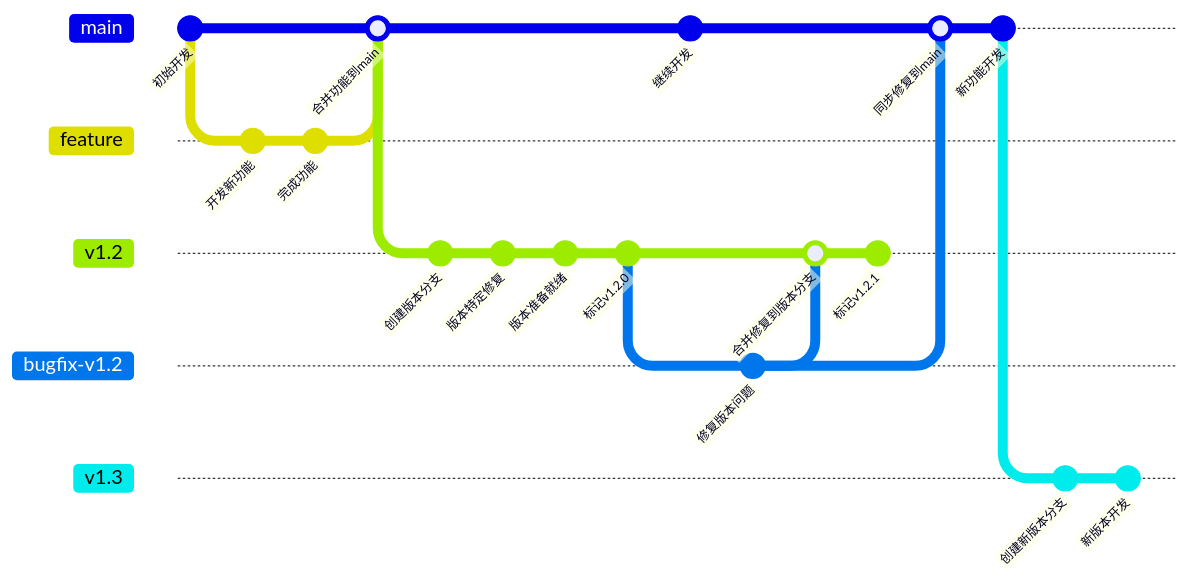
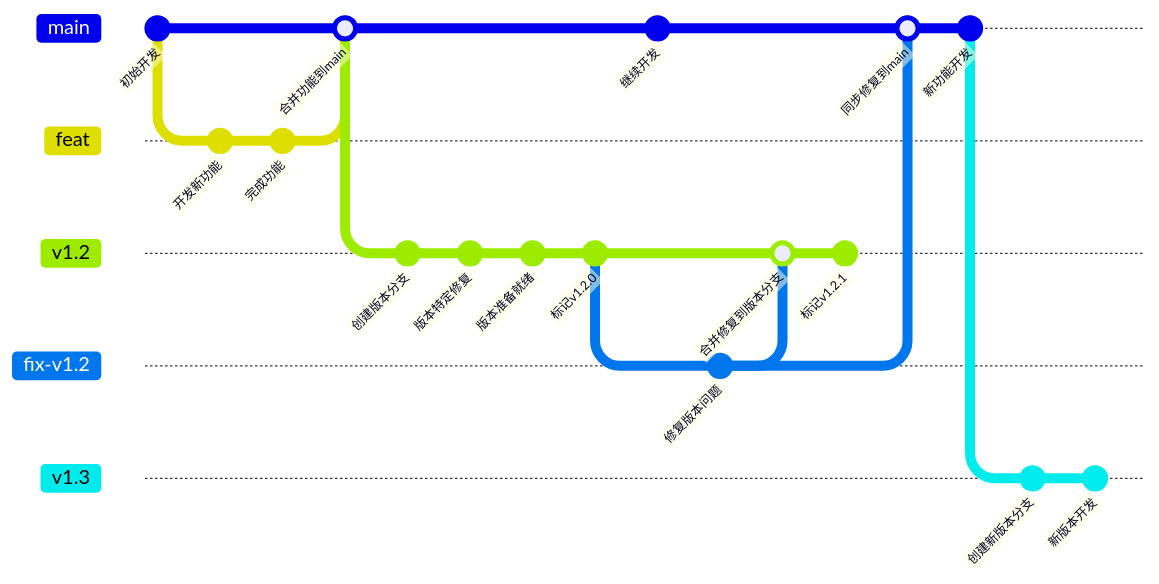
The second of 3 diagrams in docs/pipeline/branch-commit/README.md (weihongyu12/web), drawn with Mermaid before and after one commit. The commit also changed other lines of this file, not shown here.

````diff
--- a/docs/pipeline/branch-commit/README.md
+++ b/docs/pipeline/branch-commit/README.md
@@ -136,33 +136,33 @@
 ```mermaid
 gitGraph
     commit id: "初始开发"
-    branch feature
-    checkout feature
+    branch feat
+    checkout feat
     commit id: "开发新功能"
     commit id: "完成功能"
     checkout main
-    merge feature id: "合并功能到main"
+    merge feat id: "合并功能到main"
     branch v1.2
     checkout v1.2
     commit id: "创建版本分支"
     checkout v1.2
     commit id: "版本特定修复"
     commit id: "版本准备就绪"
     commit id: "标记v1.2.0"
     checkout main
     commit id: "继续开发"
     checkout v1.2
-    branch bugfix-v1.2
-    checkout bugfix-v1.2
+    branch fix-v1.2
+    checkout fix-v1.2
     commit id: "修复版本问题"
     checkout v1.2
-    merge bugfix-v1.2 id: "合并修复到版本分支"
+    merge fix-v1.2 id: "合并修复到版本分支"
     commit id: "标记v1.2.1"
     checkout main
-    merge bugfix-v1.2 id: "同步修复到main"
+    merge fix-v1.2 id: "同步修复到main"
     commit id: "新功能开发"
     branch v1.3
     checkout v1.3
     commit id: "创建新版本分支"
     commit id: "新版本开发"
 ```
````
